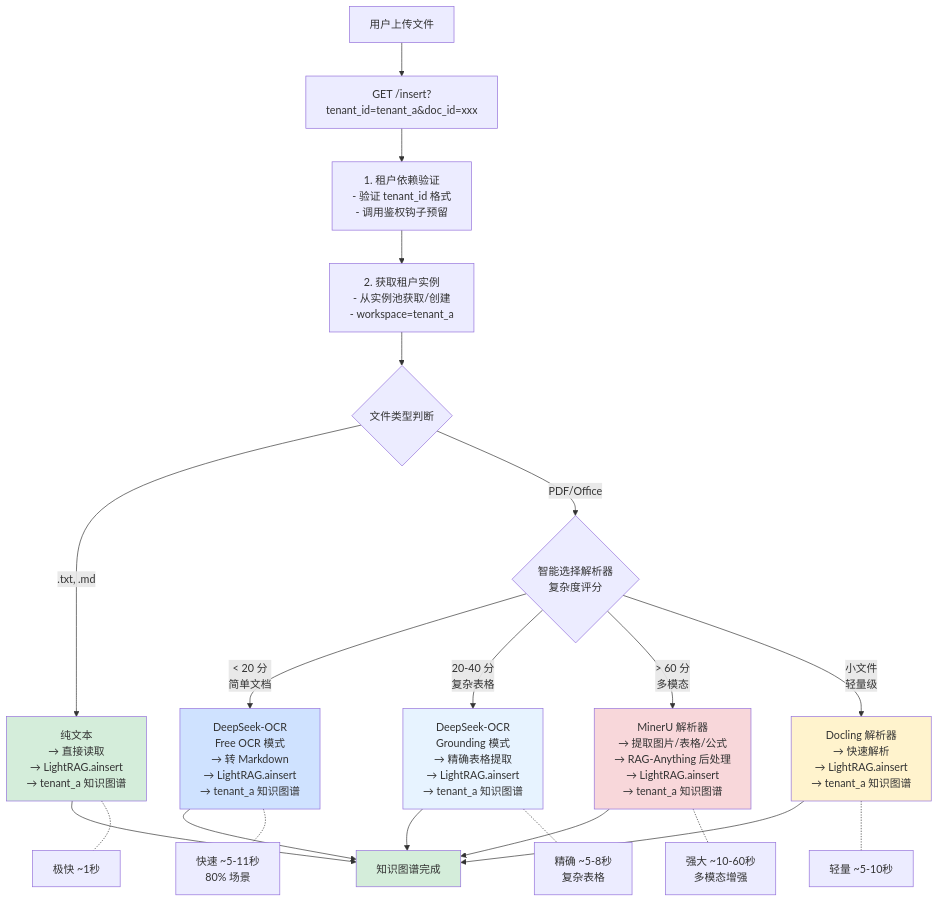
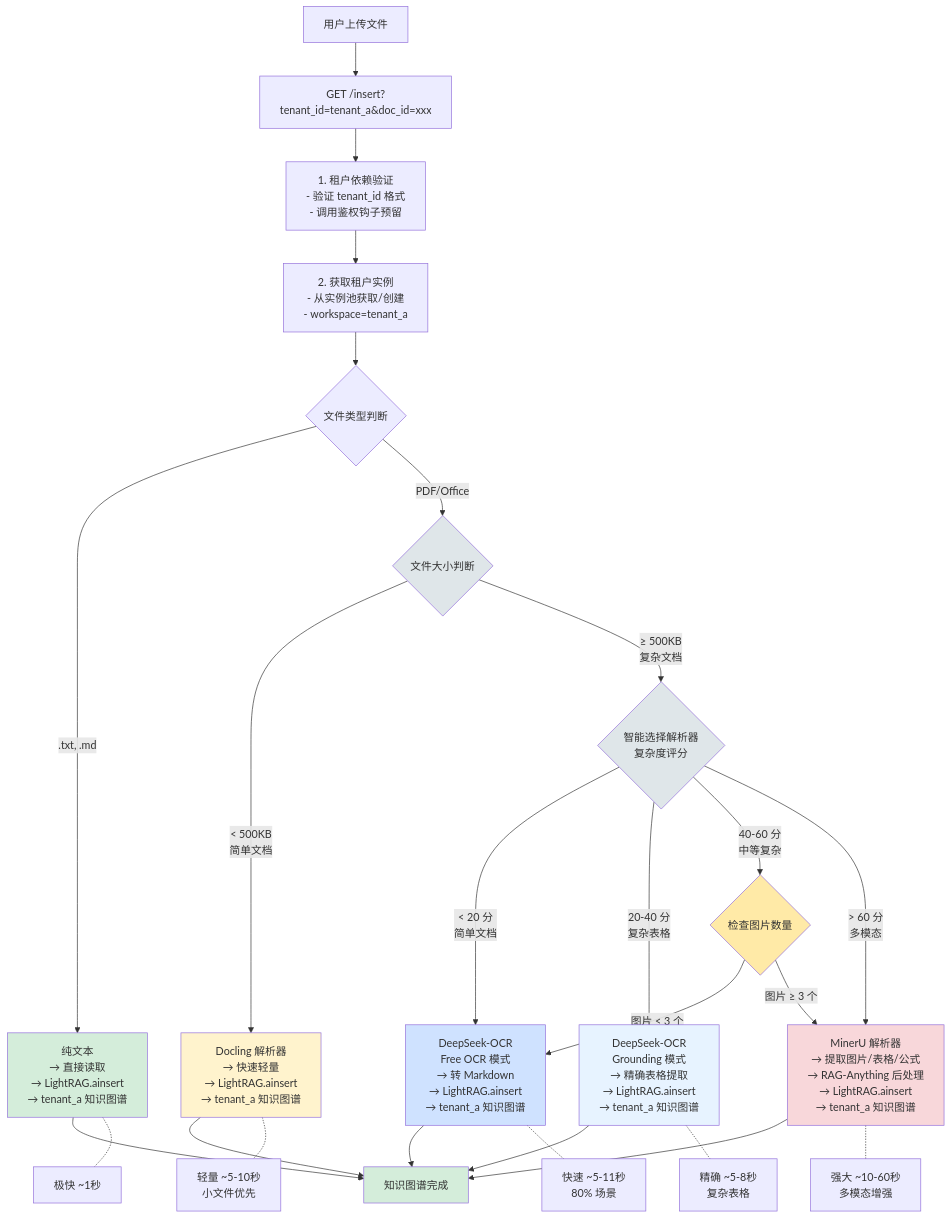
Before and after one commit to BukeLy/rag-api: the third of 8 diagrams in docs/ARCHITECTURE.md, drawn with Mermaid. The commit also changed other lines of this file, not shown here.

````diff
--- a/docs/ARCHITECTURE.md
+++ b/docs/ARCHITECTURE.md
@@ -103,40 +103,49 @@
 ```mermaid
 flowchart TD
     A[用户上传文件] --> B[GET /insert?tenant_id=tenant_a&doc_id=xxx]
     B --> C[1. 租户依赖验证<br/>- 验证 tenant_id 格式<br/>- 调用鉴权钩子预留]
     C --> D[2. 获取租户实例<br/>- 从实例池获取/创建<br/>- workspace=tenant_a]
     D --> E{文件类型判断}
 
     E -->|.txt, .md| F1[纯文本<br/>→ 直接读取<br/>→ LightRAG.ainsert<br/>→ tenant_a 知识图谱]
-    E -->|PDF/Office| F0{智能选择解析器<br/>复杂度评分}
+    E -->|PDF/Office| F0{文件大小判断}
 
-    F0 -->|< 20 分<br/>简单文档| F2[DeepSeek-OCR<br/>Free OCR 模式<br/>→ 转 Markdown<br/>→ LightRAG.ainsert<br/>→ tenant_a 知识图谱]
-    F0 -->|20-40 分<br/>复杂表格| F3[DeepSeek-OCR<br/>Grounding 模式<br/>→ 精确表格提取<br/>→ LightRAG.ainsert<br/>→ tenant_a 知识图谱]
-    F0 -->|> 60 分<br/>多模态| F4[MinerU 解析器<br/>→ 提取图片/表格/公式<br/>→ RAG-Anything 后处理<br/>→ LightRAG.ainsert<br/>→ tenant_a 知识图谱]
-    F0 -->|小文件<br/>轻量级| F5[Docling 解析器<br/>→ 快速解析<br/>→ LightRAG.ainsert<br/>→ tenant_a 知识图谱]
+    F0 -->|< 500KB<br/>简单文档| F5[Docling 解析器<br/>→ 快速轻量<br/>→ LightRAG.ainsert<br/>→ tenant_a 知识图谱]
+    F0 -->|≥ 500KB<br/>复杂文档| F0B{智能选择解析器<br/>复杂度评分}
+
+    F0B -->|< 20 分<br/>简单文档| F2[DeepSeek-OCR<br/>Free OCR 模式<br/>→ 转 Markdown<br/>→ LightRAG.ainsert<br/>→ tenant_a 知识图谱]
+    F0B -->|20-40 分<br/>复杂表格| F3[DeepSeek-OCR<br/>Grounding 模式<br/>→ 精确表格提取<br/>→ LightRAG.ainsert<br/>→ tenant_a 知识图谱]
+    F0B -->|40-60 分<br/>中等复杂| F6{检查图片数量}
+    F0B -->|> 60 分<br/>多模态| F4[MinerU 解析器<br/>→ 提取图片/表格/公式<br/>→ RAG-Anything 后处理<br/>→ LightRAG.ainsert<br/>→ tenant_a 知识图谱]
+
+    F6 -->|图片 < 3 个| F2
+    F6 -->|图片 ≥ 3 个| F4
 
     F1 --> G[知识图谱完成]
     F2 --> G
     F3 --> G
     F4 --> G
     F5 --> G
 
     style F1 fill:#d4edda
     style F2 fill:#cfe2ff
     style F3 fill:#e7f3ff
     style F4 fill:#f8d7da
     style F5 fill:#fff3cd
+    style F6 fill:#ffeaa7
+    style F0 fill:#dfe6e9
+    style F0B fill:#dfe6e9
     style G fill:#d4edda
 
     note1[极快 ~1秒]
     note2[快速 ~5-11秒<br/>80% 场景]
     note3[精确 ~5-8秒<br/>复杂表格]
     note4[强大 ~10-60秒<br/>多模态增强]
-    note5[轻量 ~5-10秒]
+    note5[轻量 ~5-10秒<br/>小文件优先]
 
     F1 -.- note1
     F2 -.- note2
     F3 -.- note3
     F4 -.- note4
     F5 -.- note5
 ```
````
